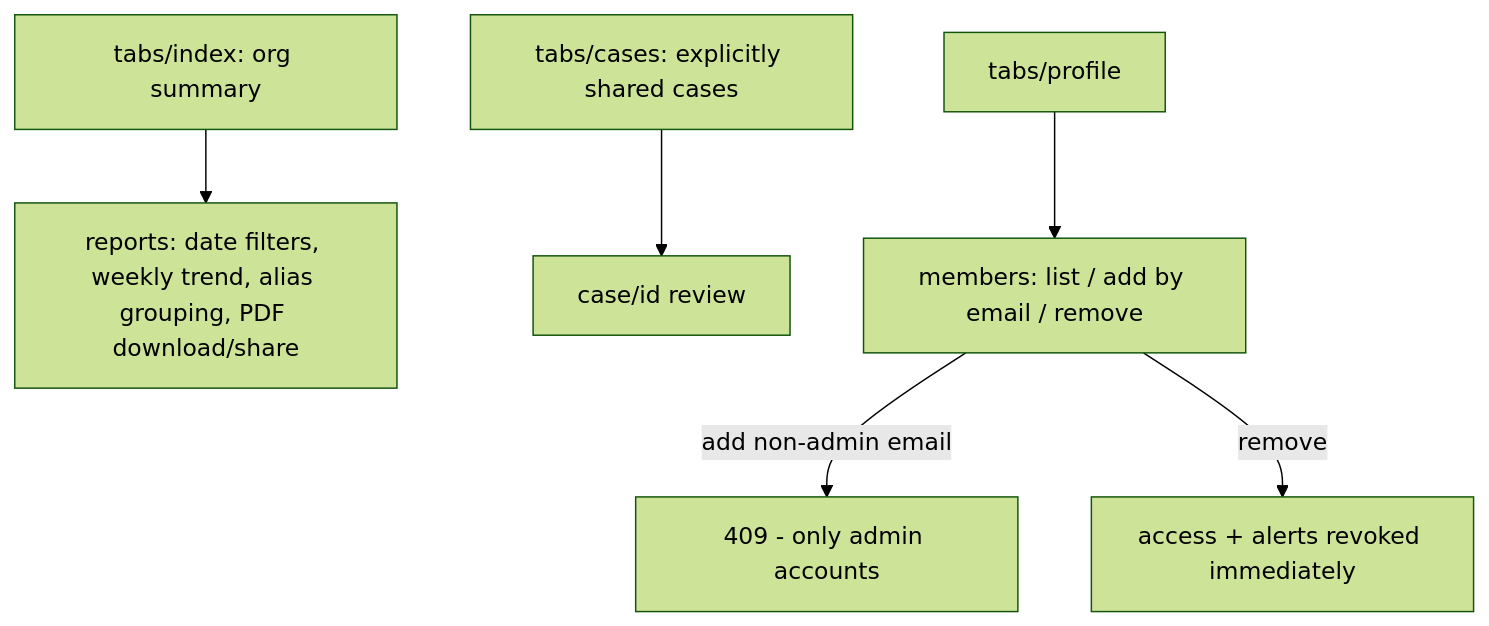
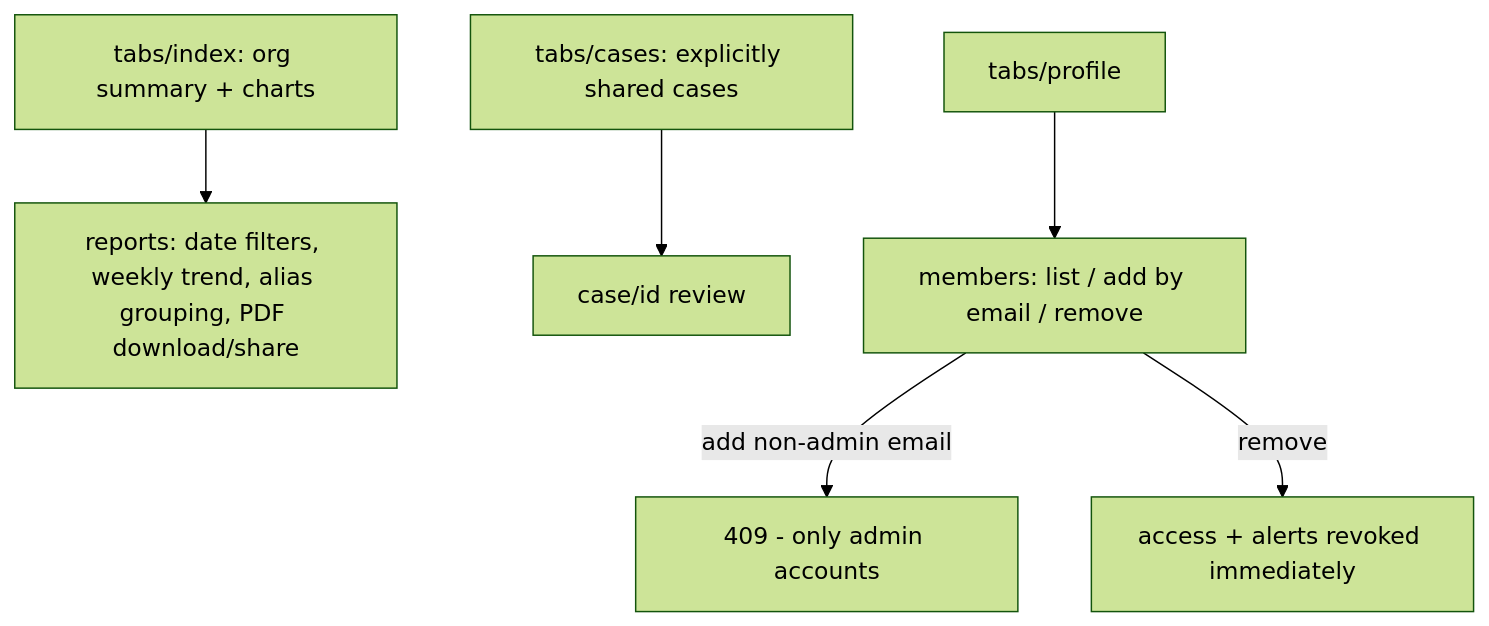
One commit to abdullah956/a-mbl changed the fourth of 5 diagrams in docs/FLOWS.md. Above: the diagram before and after it, drawn with Mermaid (forest theme). The commit also changed other lines of this file and 12 other files, not shown here.

````diff
--- a/docs/FLOWS.md
+++ b/docs/FLOWS.md
@@ -73,8 +74,8 @@
 ```mermaid
 flowchart TD
-    AHome[tabs/index: org summary] --> AReports[reports: date filters, weekly trend, alias grouping, PDF download/share]
+    AHome[tabs/index: org summary + charts] --> AReports[reports: date filters, weekly trend, alias grouping, PDF download/share]
     ACases[tabs/cases: explicitly shared cases] --> ACase[case/id review]
     AProfile[tabs/profile] --> Members[members: list / add by email / remove]
     Members -->|add non-admin email| Err409[409 - only admin accounts]
     Members -->|remove| Revoked[access + alerts revoked immediately]
 ```
````
